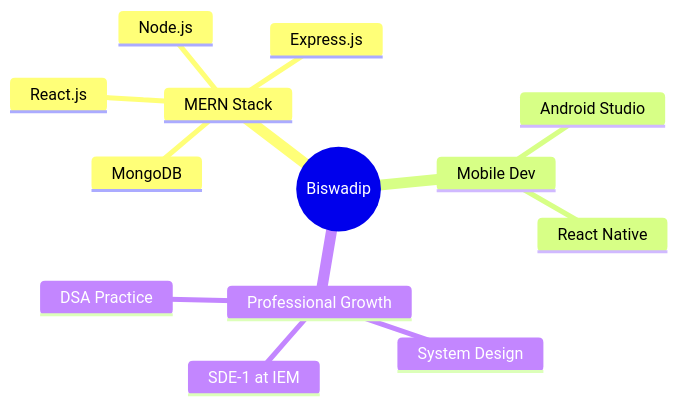
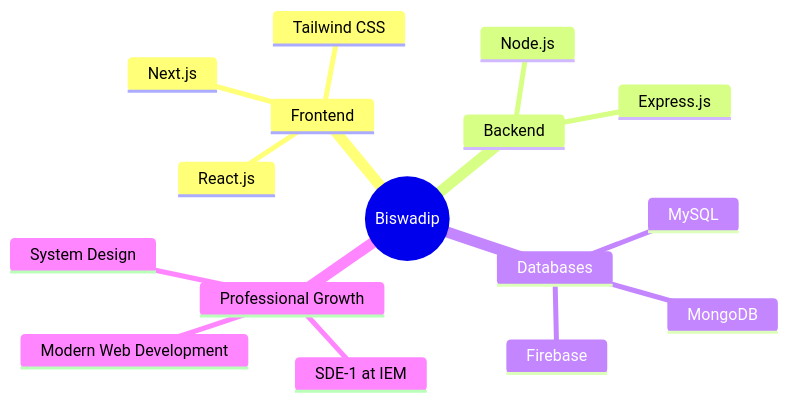
The diagram in README.md (TheBiswadipSaha/Biswadip-Saha), drawn with Mermaid before and after one commit. The commit also changed other lines of this file, not shown here.

````diff
--- a/README.md
+++ b/README.md
@@ -84,16 +88,19 @@
 ```mermaid
 mindmap
   root((Biswadip))
-    MERN Stack
+    Frontend
       React.js
+      Next.js
+      Tailwind CSS
+    Backend
       Node.js
       Express.js
+    Databases
+      Firebase
+      MySQL
       MongoDB
-    Mobile Dev
-      Android Studio
-      React Native
     Professional Growth
       SDE-1 at IEM
       System Design
-      DSA Practice
+      Modern Web Development
 ```
````
